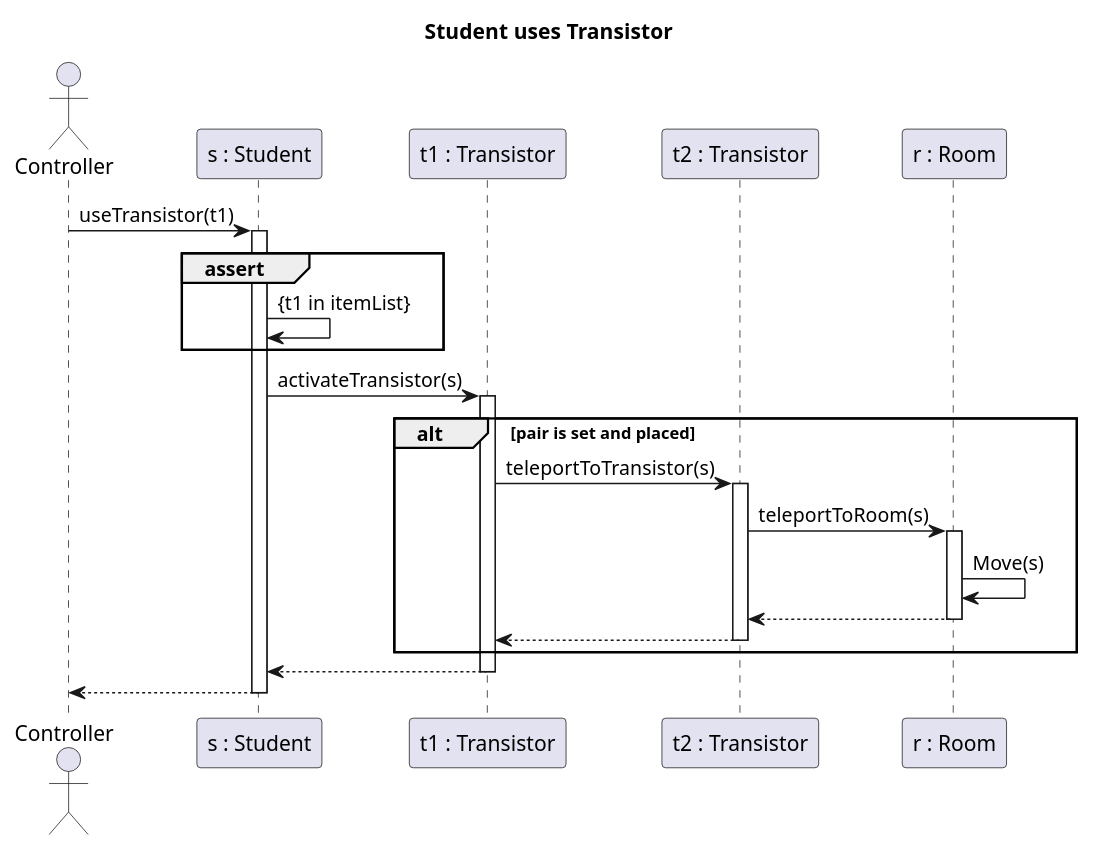
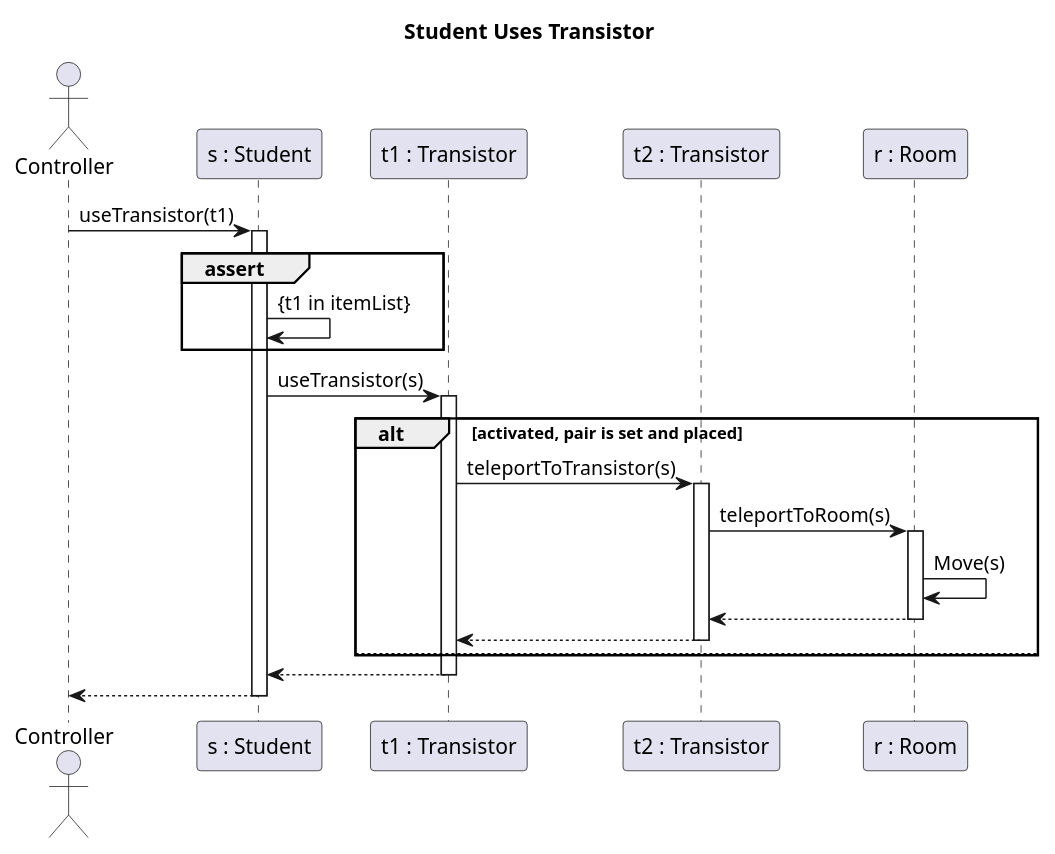
One commit to MBakter/echo changed the diagram in docs/transistor/use_tranzisztor.plantuml. Above: the diagram before and after it, drawn with PlantUML. The commit also changed 3 other files, not shown here.

```diff
--- a/docs/transistor/use_tranzisztor.plantuml
+++ b/docs/transistor/use_tranzisztor.plantuml
@@ -1,45 +1,46 @@
 @startuml
-title Student uses Transistor
+title Student Uses Transistor
 
 actor Controller as c order 10
 participant "t1 : Transistor" as Transistor order 30
 participant "s : Student" as Student order 20
 participant "t2 : Transistor" as Transistor2 order 40
 participant "r : Room" as Room order 50
 
 c -> Student : useTransistor(t1)
 activate Student
 
     group assert
         Student -> Student : {t1 in itemList}
     end
 
-    Student -> Transistor : activateTransistor(s)
+    Student -> Transistor : useTransistor(s)
     activate Transistor
-        alt pair is set and placed
+        alt activated, pair is set and placed
 
             Transistor -> Transistor2: teleportToTransistor(s)
             activate Transistor2
 
                 Transistor2 -> Room: teleportToRoom(s)
                 activate Room
                     Room -> Room: Move(s)
                     Transistor2 <-- Room
                 deactivate Room
                 
                 Transistor <-- Transistor2
             deactivate Transistor2
+        else 
 
         end
 
         Student <-- Transistor
     deactivate Transistor
 
 
     c <-- Student 
 deactivate Student
 
 
 
 
 @enduml
```
